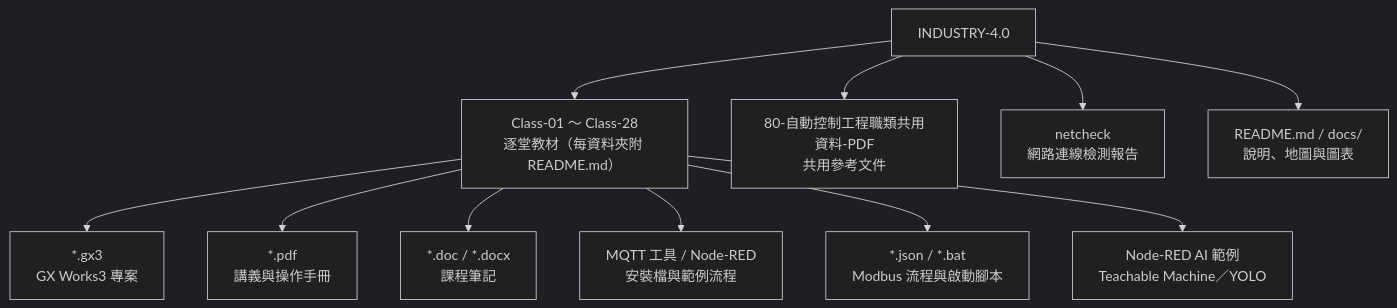
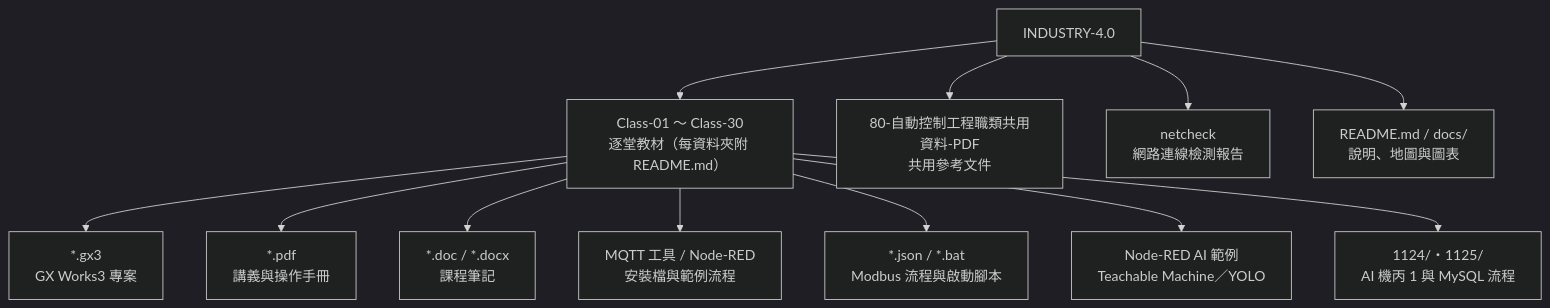
The second of 6 diagrams in README.md (yd7148/INDUSTRY-4.0), drawn with Mermaid (dark theme) before and after one commit. The commit also changed other lines of this file and 2 other files, not shown here.

Commit message:
Sync docs for Class-29/30 (30 classes, 31 videos, timeline and MySQL SVG)

````diff
--- a/README.md
+++ b/README.md
@@ -42,14 +42,15 @@
 ```mermaid
 flowchart TB
-    REPO["INDUSTRY-4.0"] --> CLS["Class-01 ～ Class-28<br/>逐堂教材（每資料夾附 README.md）"]
+    REPO["INDUSTRY-4.0"] --> CLS["Class-01 ～ Class-30<br/>逐堂教材（每資料夾附 README.md）"]
     REPO --> LIB["80-自動控制工程職類共用資料-PDF<br/>共用參考文件"]
     REPO --> NET["netcheck<br/>網路連線檢測報告"]
     REPO --> DOC["README.md / docs/<br/>說明、地圖與圖表"]
 
     CLS --> GX["*.gx3<br/>GX Works3 專案"]
     CLS --> PDF["*.pdf<br/>講義與操作手冊"]
     CLS --> DOCX["*.doc / *.docx<br/>課程筆記"]
     CLS --> TOOL["MQTT 工具 / Node-RED<br/>安裝檔與範例流程"]
     CLS --> JSON["*.json / *.bat<br/>Modbus 流程與啟動腳本"]
     CLS --> AI["Node-RED AI 範例<br/>Teachable Machine／YOLO"]
+    CLS --> DB["1124/・1125/<br/>AI 機丙 1 與 MySQL 流程"]
 ```
````
